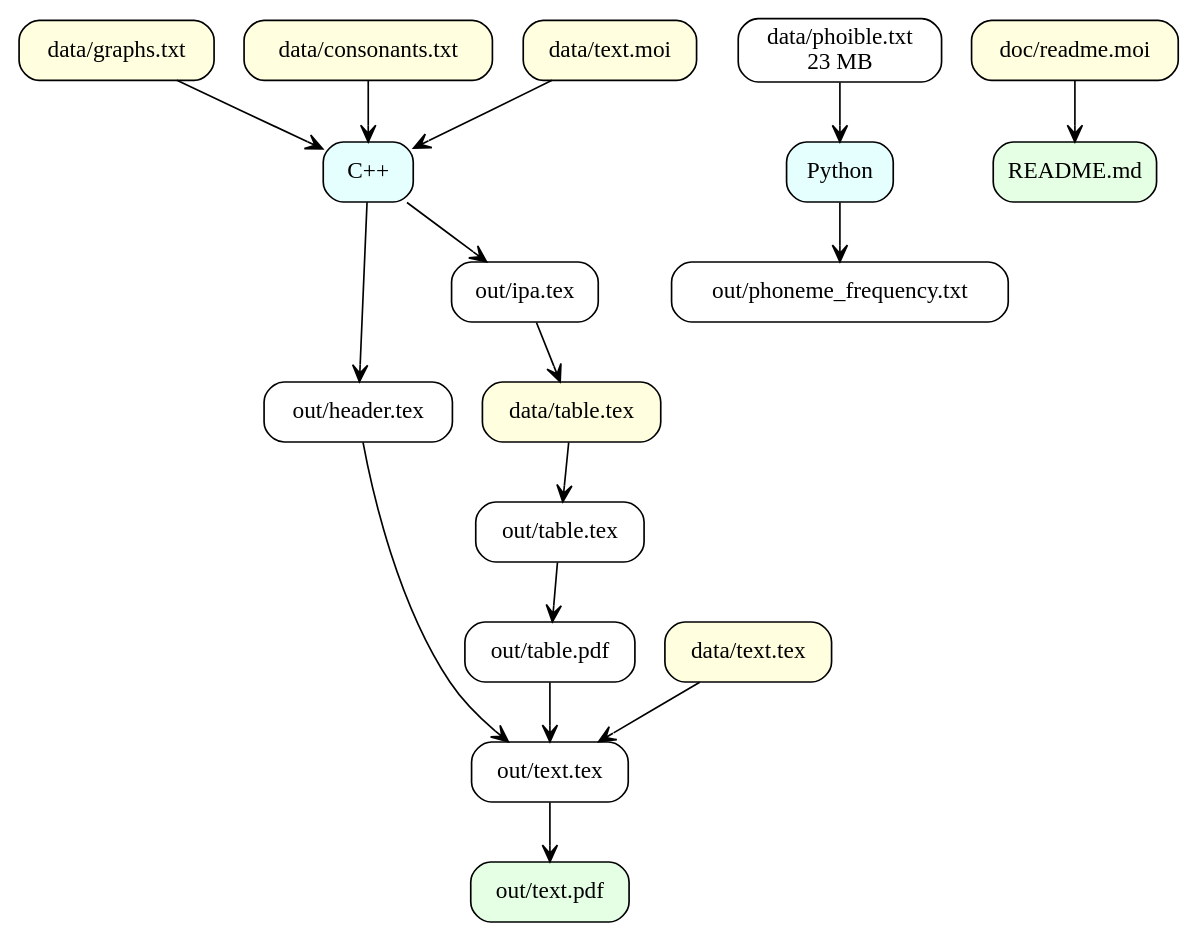
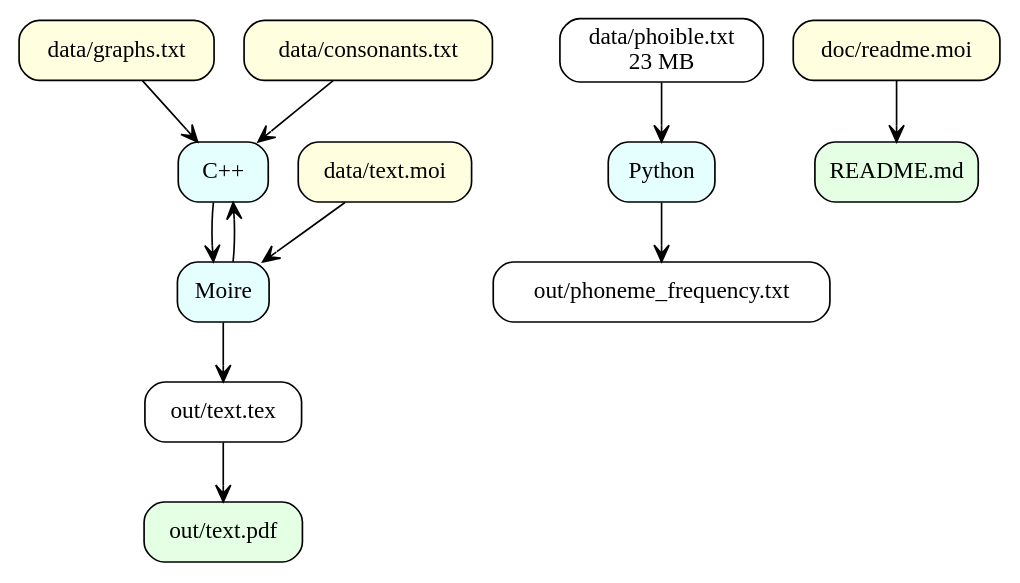
The diagram in doc/relations.dot (enzet/featural), drawn with Graphviz before and after one commit. The commit also changed 3 other files, not shown here.

```diff
--- a/doc/relations.dot
+++ b/doc/relations.dot
@@ -1,43 +1,33 @@
 digraph G {
     node [
         shape=rectangle,
         fontname="CMU Typewriter Text",
         style="rounded,filled", 
         fillcolor="white",
     ];
     edge [arrowhead="open"];
 
     data_graphs_txt[label="data/graphs.txt", fillcolor="lightyellow"];
     data_consonants_txt[label="data/consonants.txt", fillcolor="lightyellow"];
     C[label="C++", fillcolor=".5 .1 1", fontname="CMU Sans Serif"];
+    Moire[fillcolor=".5 .1 1", fontname="CMU Sans Serif"];
     data_phoible_csv[label="data/phoible.txt\n23 MB"];
-    Python[label="Python", fillcolor=".5 .1 1", fontname="CMU Sans Serif"];
+    Python[fillcolor=".5 .1 1", fontname="CMU Sans Serif"];
     data_text_moi[label="data/text.moi", fillcolor="lightyellow"];
-    out_header_tex[label="out/header.tex"];
-    out_ipa_tex[label="out/ipa.tex"];
-    data_table_tex[label="data/table.tex", fillcolor="lightyellow"];
-    out_table_tex[label="out/table.tex"];
-    out_table_pdf[label="out/table.pdf"];
-    data_text_tex[label="data/text.tex", fillcolor="lightyellow"];
     out_text_tex[label="out/text.tex"];
     doc_readme_moi[label="doc/readme.moi", fillcolor="lightyellow"];
     out_phoneme_frequency_txt[label="out/phoneme_frequency.txt"];
     README_md[label="README.md", fillcolor=".333 .1 1"];
     out_text_pdf[label="out/text.pdf", fillcolor=".333 .1 1"];
     
     data_graphs_txt -> C;
     data_consonants_txt -> C;
     data_phoible_csv -> Python;
     Python -> out_phoneme_frequency_txt;
-    C -> out_ipa_tex;
-    out_header_tex -> out_text_tex;
-    out_ipa_tex -> data_table_tex;
-    data_table_tex -> out_table_tex;
-    out_table_tex -> out_table_pdf;
-    out_table_pdf -> out_text_tex;
-    data_text_tex -> out_text_tex;
     out_text_tex -> out_text_pdf;
     doc_readme_moi -> README_md;
-    data_text_moi -> C;
-    C -> out_header_tex;
+    data_text_moi -> Moire;
+    Moire -> C;
+    C -> Moire;
+    Moire -> out_text_tex;
 }
```
